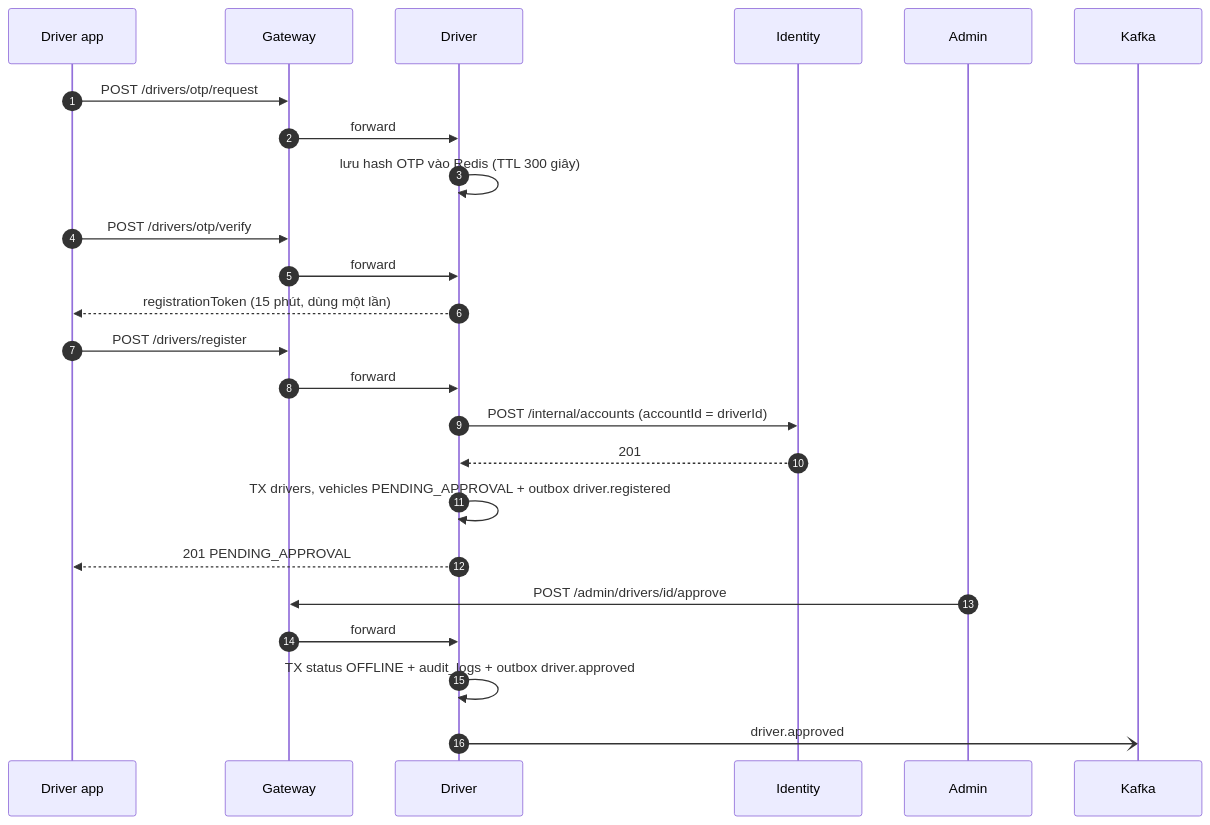
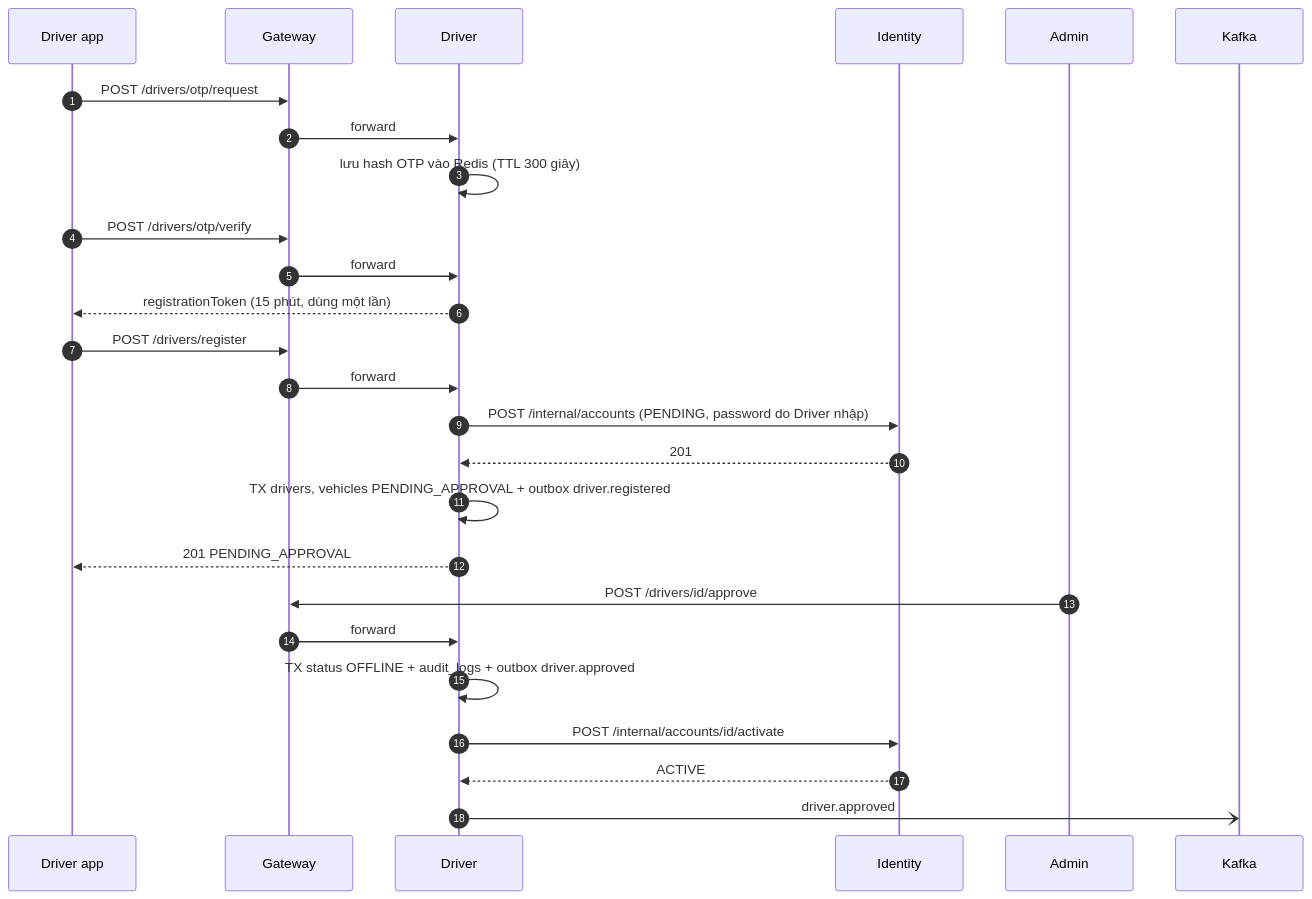
One commit to vthaix/23674231_TranVanThai_Cabsystem changed the third of 12 diagrams in microservice_design.md. Above: the diagram before and after it, drawn with Mermaid. The commit also changed other lines of this file and 39 other files, not shown here.

````diff
--- a/microservice_design.md
+++ b/microservice_design.md
@@ -592,26 +592,28 @@
 ```mermaid
 sequenceDiagram
     autonumber
     participant D as Driver app
     participant GW as Gateway
     participant DR as Driver
     participant ID as Identity
     participant AD as Admin
     participant KF as Kafka
     D->>GW: POST /drivers/otp/request
     GW->>DR: forward
     DR->>DR: lưu hash OTP vào Redis (TTL 300 giây)
     D->>GW: POST /drivers/otp/verify
     GW->>DR: forward
     DR-->>D: registrationToken (15 phút, dùng một lần)
     D->>GW: POST /drivers/register
     GW->>DR: forward
-    DR->>ID: POST /internal/accounts (accountId = driverId)
+    DR->>ID: POST /internal/accounts (PENDING, password do Driver nhập)
     ID-->>DR: 201
     DR->>DR: TX drivers, vehicles PENDING_APPROVAL + outbox driver.registered
     DR-->>D: 201 PENDING_APPROVAL
-    AD->>GW: POST /admin/drivers/id/approve
+    AD->>GW: POST /drivers/id/approve
     GW->>DR: forward
     DR->>DR: TX status OFFLINE + audit_logs + outbox driver.approved
+    DR->>ID: POST /internal/accounts/id/activate
+    ID-->>DR: ACTIVE
     DR-)KF: driver.approved
 ```
````
